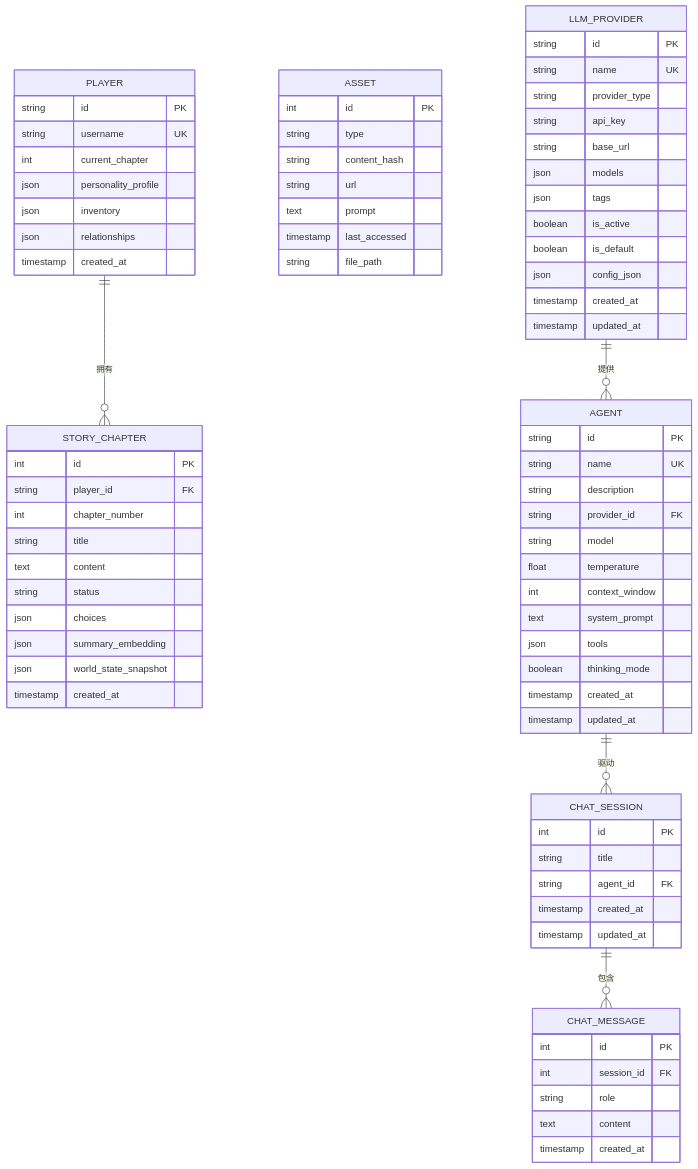
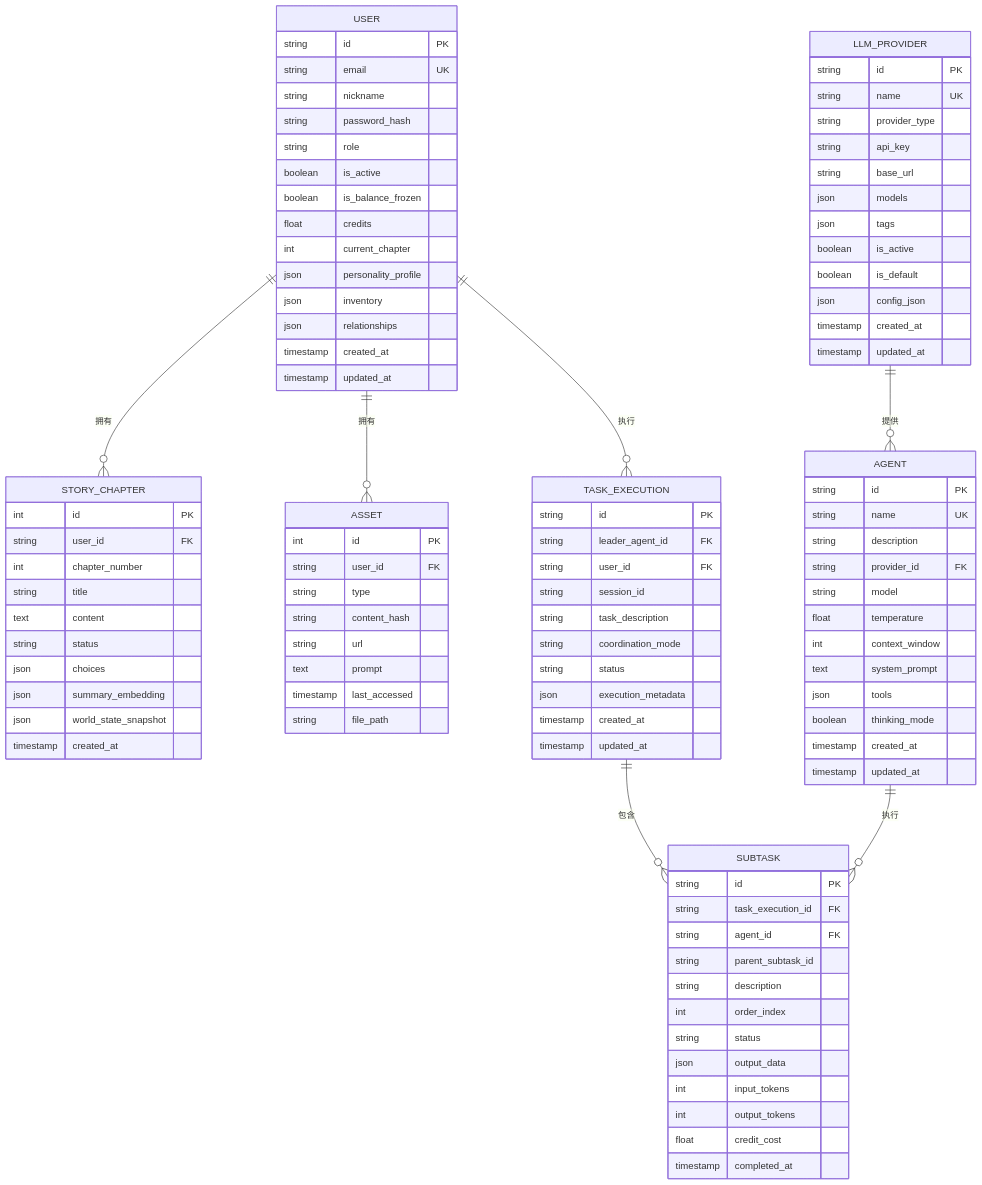
Before and after one commit to KunLabAI/KunFlix: the sixth of 9 diagrams in .qoder/repowiki/zh/content/项目概述/系统简介与核心特性.md, drawn with Mermaid. The commit also changed other lines of this file and 88 other files, not shown here.

````diff
--- a/.qoder/repowiki/zh/content/项目概述/系统简介与核心特性.md
+++ b/.qoder/repowiki/zh/content/项目概述/系统简介与核心特性.md
@@ -243,17 +310,24 @@
 ```mermaid
 erDiagram
-PLAYER {
+USER {
 string id PK
-string username UK
+string email UK
+string nickname
+string password_hash
+string role
+boolean is_active
+boolean is_balance_frozen
+float credits
 int current_chapter
 json personality_profile
 json inventory
 json relationships
 timestamp created_at
+timestamp updated_at
 }
 STORY_CHAPTER {
 int id PK
-string player_id FK
+string user_id FK
 int chapter_number
 string title
 text content
@@ -265,6 +339,7 @@
 }
 ASSET {
 int id PK
+string user_id FK
 string type
 string content_hash
 string url
@@ -300,22 +375,36 @@
 timestamp created_at
 timestamp updated_at
 }
-CHAT_SESSION {
-int id PK
-string title
-string agent_id FK
+TASK_EXECUTION {
+string id PK
+string leader_agent_id FK
+string user_id FK
+string session_id
+string task_description
+string coordination_mode
+string status
+json execution_metadata
 timestamp created_at
 timestamp updated_at
 }
-CHAT_MESSAGE {
-int id PK
-int session_id FK
-string role
-text content
-timestamp created_at
+SUBTASK {
+string id PK
+string task_execution_id FK
+string agent_id FK
+string parent_subtask_id
+string description
+int order_index
+string status
+json output_data
+int input_tokens
+int output_tokens
+float credit_cost
+timestamp completed_at
 }
-PLAYER ||--o{ STORY_CHAPTER : "拥有"
+USER ||--o{ STORY_CHAPTER : "拥有"
+USER ||--o{ ASSET : "拥有"
+USER ||--o{ TASK_EXECUTION : "执行"
 LLM_PROVIDER ||--o{ AGENT : "提供"
-AGENT ||--o{ CHAT_SESSION : "驱动"
-CHAT_SESSION ||--o{ CHAT_MESSAGE : "包含"
+AGENT ||--o{ SUBTASK : "执行"
+TASK_EXECUTION ||--o{ SUBTASK : "包含"
 ```
````
